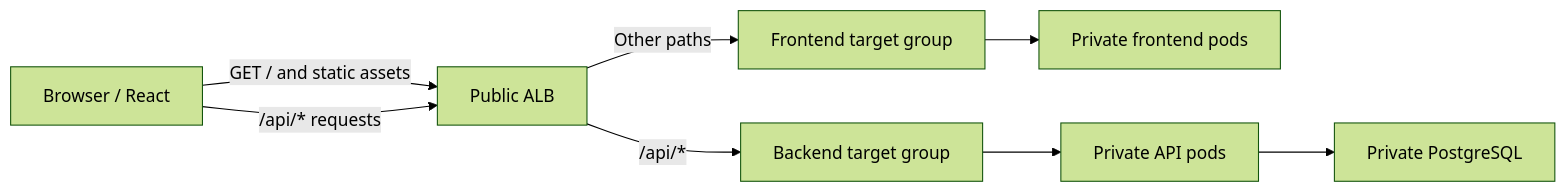
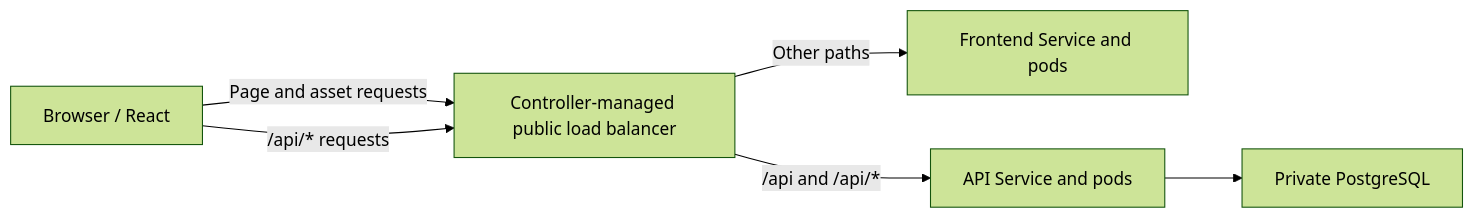
Before and after one commit to rohitraut3366/Idea-Board: the third of 3 diagrams in README.md, drawn with Mermaid (forest theme). The commit also changed other lines of this file and 32 other files, not shown here.

Commit message:
Route cloud frontend and API traffic through ingress controllers

````diff
--- a/README.md
+++ b/README.md
@@ -372,10 +371,8 @@
 ```mermaid
 flowchart LR
-    Browser[Browser / React] -->|GET / and static assets| ALB[Public ALB]
-    Browser -->|/api/* requests| ALB
-    ALB -->|Other paths| FrontTG[Frontend target group]
-    ALB -->|/api/*| BackTG[Backend target group]
-    FrontTG --> Front[Private frontend pods]
-    BackTG --> Back[Private API pods]
+    Browser[Browser / React] -->|Page and asset requests| LB[Controller-managed public load balancer]
+    Browser -->|/api/* requests| LB
+    LB -->|Other paths| Front[Frontend Service and pods]
+    LB -->|/api and /api/*| Back[API Service and pods]
     Back --> DB[Private PostgreSQL]
 ```
````
